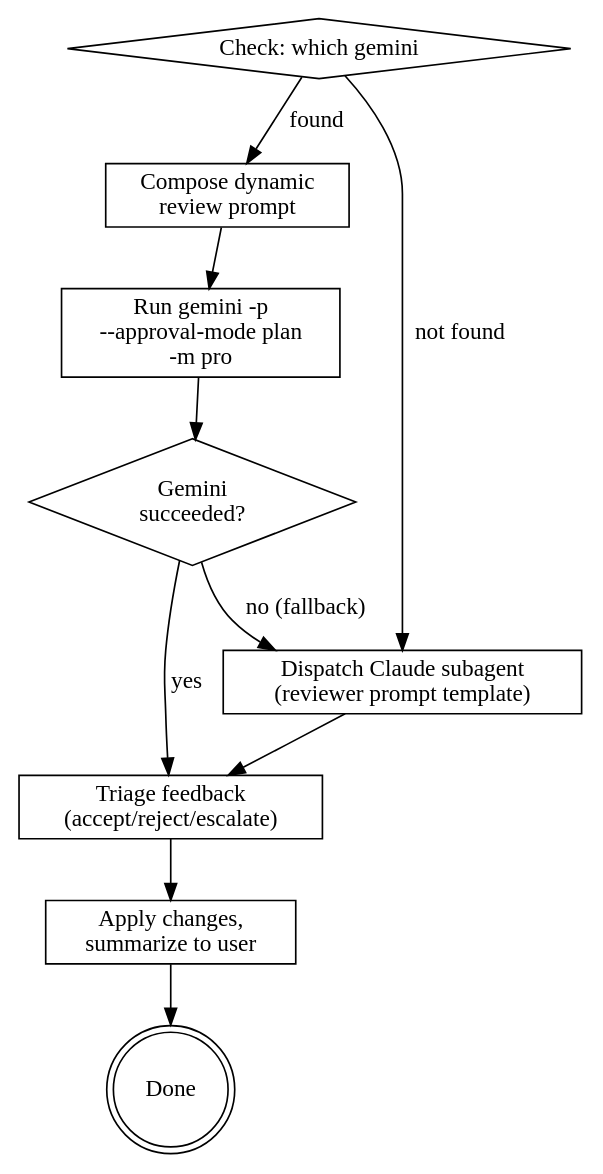
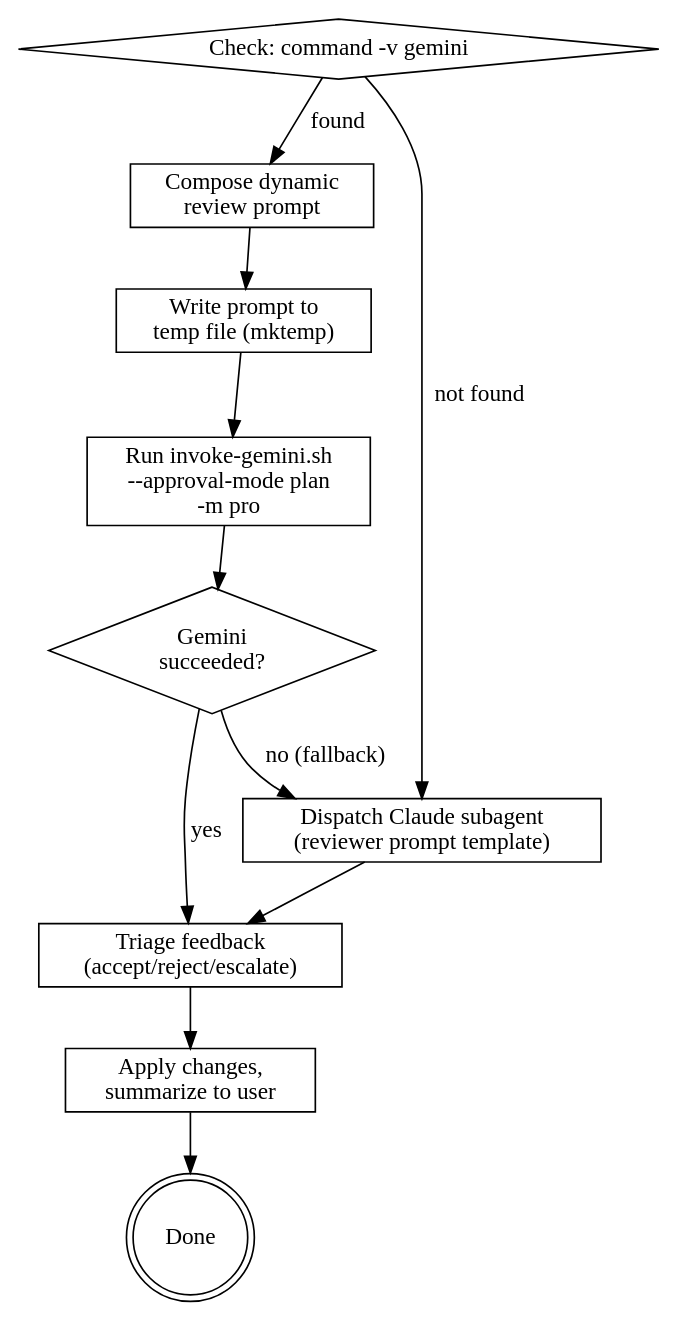
The diagram in skills/gemini-review/SKILL.md (andybrandt/superartes), drawn with Graphviz before and after one commit. The commit also changed other lines of this file and 5 other files, not shown here.

````diff
--- a/skills/gemini-review/SKILL.md
+++ b/skills/gemini-review/SKILL.md
@@ -21,22 +21,24 @@
 ```dot
 digraph gemini_review {
-    "Check: which gemini" [shape=diamond];
+    "Check: command -v gemini" [shape=diamond];
     "Compose dynamic\nreview prompt" [shape=box];
-    "Run gemini -p\n--approval-mode plan\n-m pro" [shape=box];
+    "Write prompt to\ntemp file (mktemp)" [shape=box];
+    "Run invoke-gemini.sh\n--approval-mode plan\n-m pro" [shape=box];
     "Gemini\nsucceeded?" [shape=diamond];
     "Dispatch Claude subagent\n(reviewer prompt template)" [shape=box];
     "Triage feedback\n(accept/reject/escalate)" [shape=box];
     "Apply changes,\nsummarize to user" [shape=box];
     "Done" [shape=doublecircle];
 
-    "Check: which gemini" -> "Compose dynamic\nreview prompt" [label="found"];
-    "Check: which gemini" -> "Dispatch Claude subagent\n(reviewer prompt template)" [label="not found"];
-    "Compose dynamic\nreview prompt" -> "Run gemini -p\n--approval-mode plan\n-m pro";
-    "Run gemini -p\n--approval-mode plan\n-m pro" -> "Gemini\nsucceeded?";
+    "Check: command -v gemini" -> "Compose dynamic\nreview prompt" [label="found"];
+    "Check: command -v gemini" -> "Dispatch Claude subagent\n(reviewer prompt template)" [label="not found"];
+    "Compose dynamic\nreview prompt" -> "Write prompt to\ntemp file (mktemp)";
+    "Write prompt to\ntemp file (mktemp)" -> "Run invoke-gemini.sh\n--approval-mode plan\n-m pro";
+    "Run invoke-gemini.sh\n--approval-mode plan\n-m pro" -> "Gemini\nsucceeded?";
     "Gemini\nsucceeded?" -> "Triage feedback\n(accept/reject/escalate)" [label="yes"];
     "Gemini\nsucceeded?" -> "Dispatch Claude subagent\n(reviewer prompt template)" [label="no (fallback)"];
     "Dispatch Claude subagent\n(reviewer prompt template)" -> "Triage feedback\n(accept/reject/escalate)";
     "Triage feedback\n(accept/reject/escalate)" -> "Apply changes,\nsummarize to user";
     "Apply changes,\nsummarize to user" -> "Done";
 }
 ```
````
